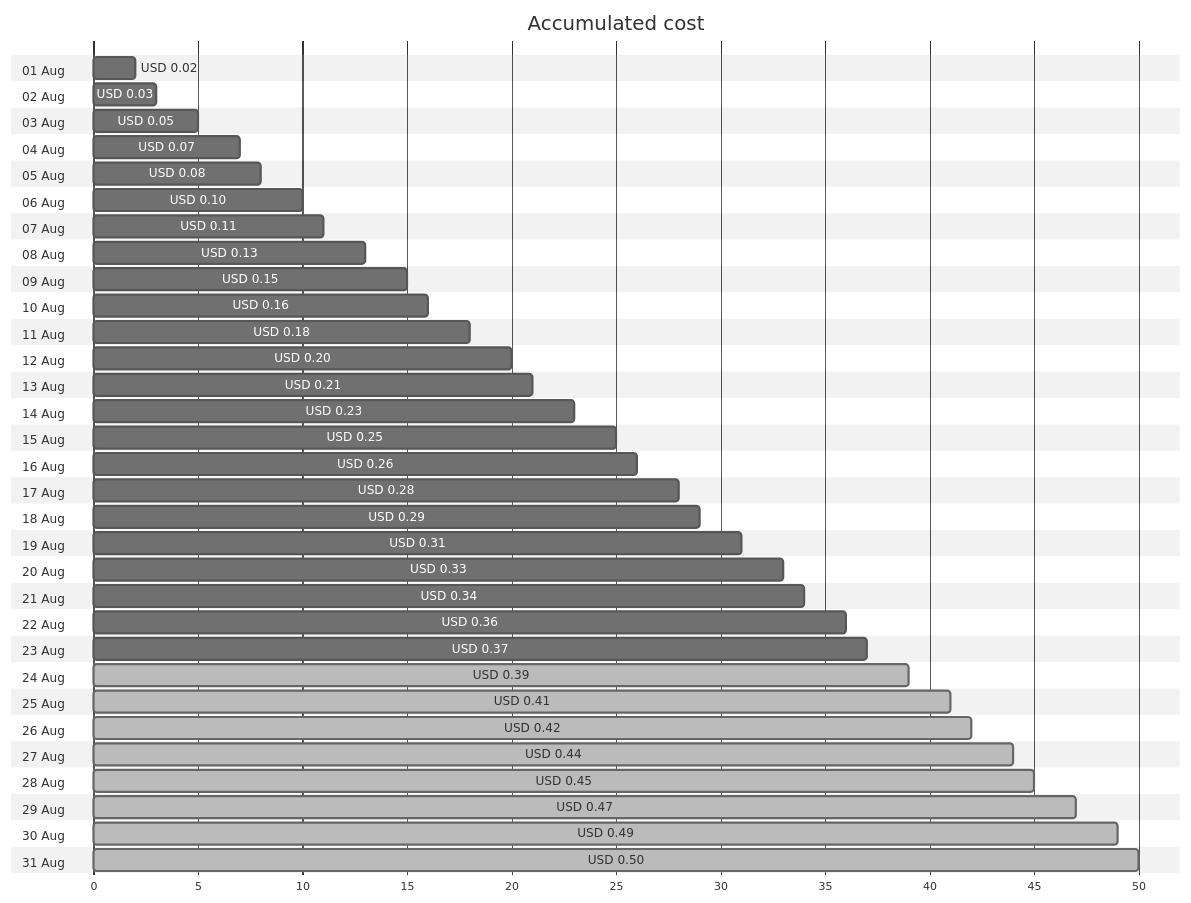
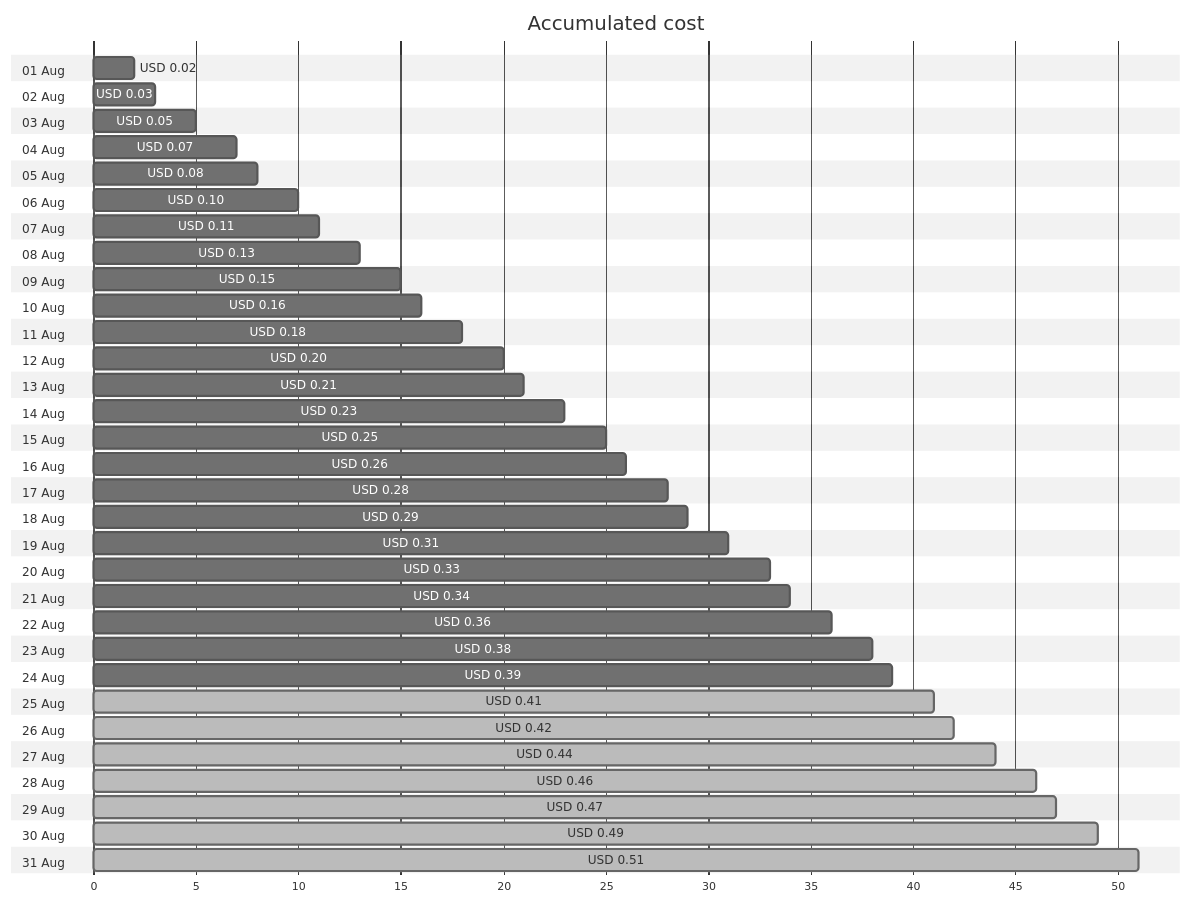
The first of 4 diagrams in cost-reports/personal-dns/jpatrickfulton.com.md (jpfulton/azure-personal-reports), drawn with Mermaid (neutral theme) before and after one commit. The commit also changed other lines of this file and 2 other files, not shown here.

````diff
--- a/cost-reports/personal-dns/jpatrickfulton.com.md
+++ b/cost-reports/personal-dns/jpatrickfulton.com.md
@@ -20,68 +20,68 @@
 ```mermaid
 gantt
    title Accumulated cost
    dateFormat  X
    axisFormat %s
    section 01 Aug
    USD 0.02 :0, 2
    section 02 Aug
    USD 0.03 :0, 3
    section 03 Aug
    USD 0.05 :0, 5
    section 04 Aug
    USD 0.07 :0, 7
    section 05 Aug
    USD 0.08 :0, 8
    section 06 Aug
    USD 0.10 :0, 10
    section 07 Aug
    USD 0.11 :0, 11
    section 08 Aug
    USD 0.13 :0, 13
    section 09 Aug
    USD 0.15 :0, 15
    section 10 Aug
    USD 0.16 :0, 16
    section 11 Aug
    USD 0.18 :0, 18
    section 12 Aug
    USD 0.20 :0, 20
    section 13 Aug
    USD 0.21 :0, 21
    section 14 Aug
    USD 0.23 :0, 23
    section 15 Aug
    USD 0.25 :0, 25
    section 16 Aug
    USD 0.26 :0, 26
    section 17 Aug
    USD 0.28 :0, 28
    section 18 Aug
    USD 0.29 :0, 29
    section 19 Aug
    USD 0.31 :0, 31
    section 20 Aug
    USD 0.33 :0, 33
    section 21 Aug
    USD 0.34 :0, 34
    section 22 Aug
    USD 0.36 :0, 36
    section 23 Aug
-   USD 0.37 :0, 37
+   USD 0.38 :0, 38
    section 24 Aug
-   USD 0.39 : done, 0, 39
+   USD 0.39 :0, 39
    section 25 Aug
    USD 0.41 : done, 0, 41
    section 26 Aug
    USD 0.42 : done, 0, 42
    section 27 Aug
    USD 0.44 : done, 0, 44
    section 28 Aug
-   USD 0.45 : done, 0, 45
+   USD 0.46 : done, 0, 46
    section 29 Aug
    USD 0.47 : done, 0, 47
    section 30 Aug
    USD 0.49 : done, 0, 49
    section 31 Aug
-   USD 0.50 : done, 0, 50
+   USD 0.51 : done, 0, 51
 ```
````
